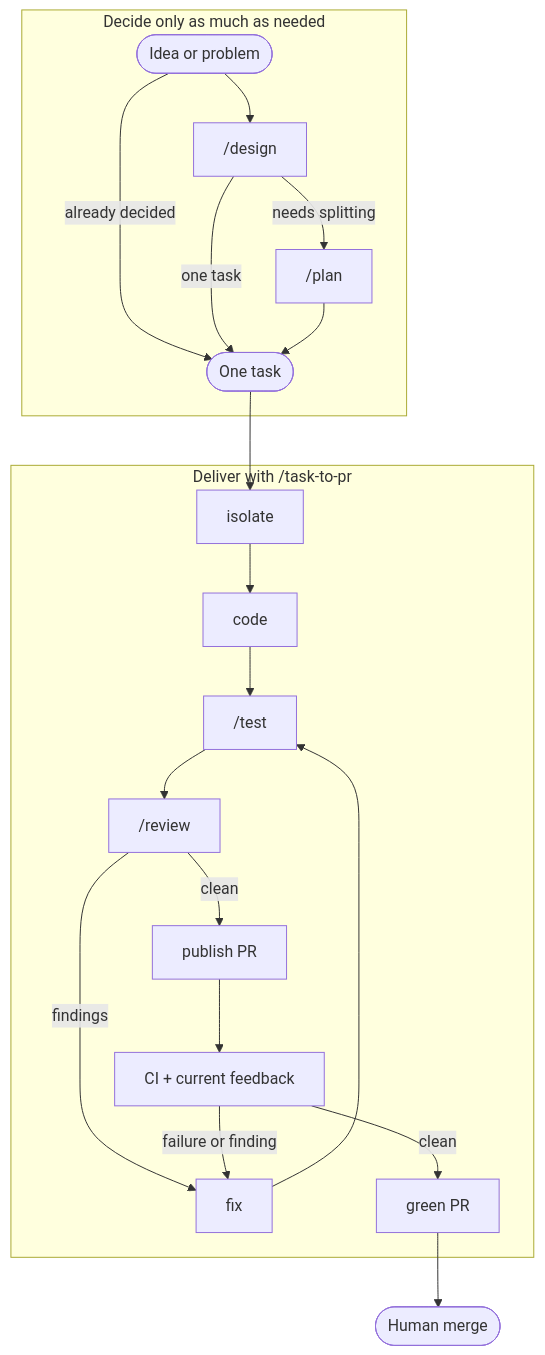
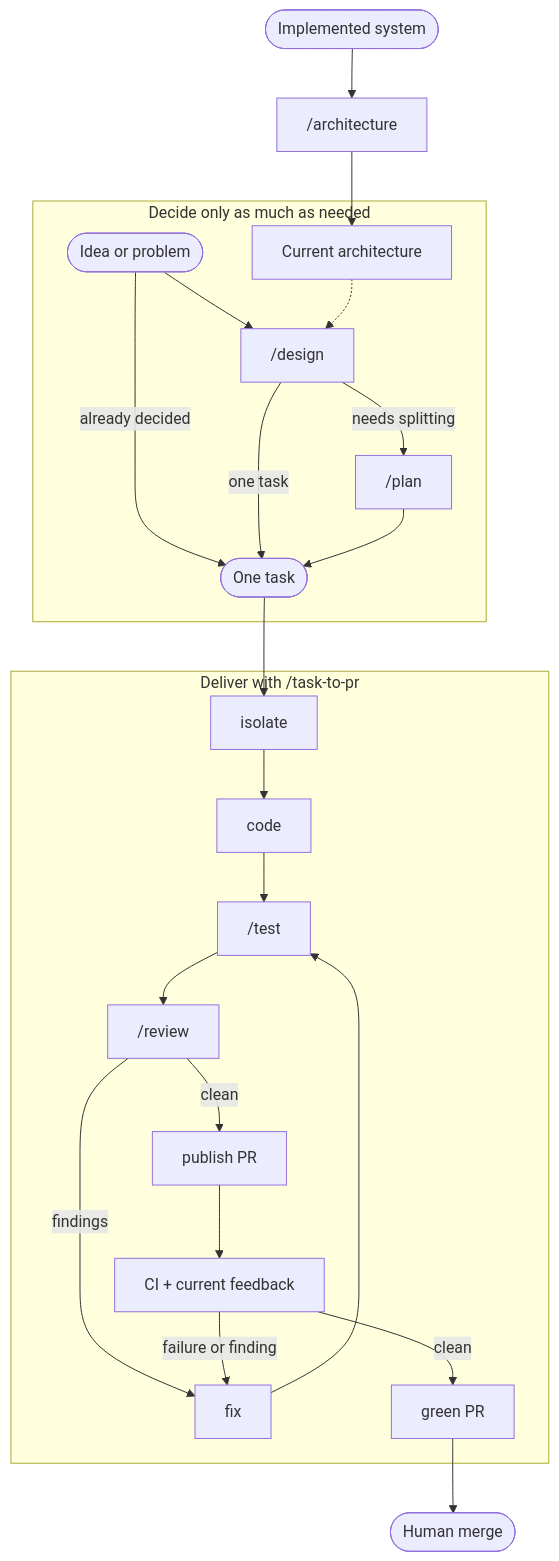
Before and after one commit to owainlewis/blueprint: the diagram in README.md, drawn with Mermaid. The commit also changed other lines of this file and 10 other files, not shown here.

Commit message:
feat(architecture): separate current state from design specs

````diff
--- a/README.md
+++ b/README.md
@@ -31,19 +32,23 @@
 ```mermaid
 flowchart TB
+    Existing([Implemented system]) --> Architecture["/architecture"]
+    Architecture --> Current["Current architecture"]
+
     subgraph Decide["Decide only as much as needed"]
         Idea([Idea or problem]) --> Design["/design"]
         Idea -->|already decided| Task([One task])
+        Current -.-> Design
         Design -->|one task| Task
         Design -->|needs splitting| Plan["/plan"] --> Task
     end
 
     subgraph Deliver["Deliver with /task-to-pr"]
         Task --> Isolate["isolate"] --> Code["code"] --> Test["/test"] --> Review["/review"]
         Review -->|findings| Fix["fix"] --> Test
         Review -->|clean| Publish["publish PR"] --> Validate["CI + current feedback"]
         Validate -->|failure or finding| Fix
         Validate -->|clean| PR["green PR"]
     end
 
     PR --> Merge([Human merge])
 ```
````
